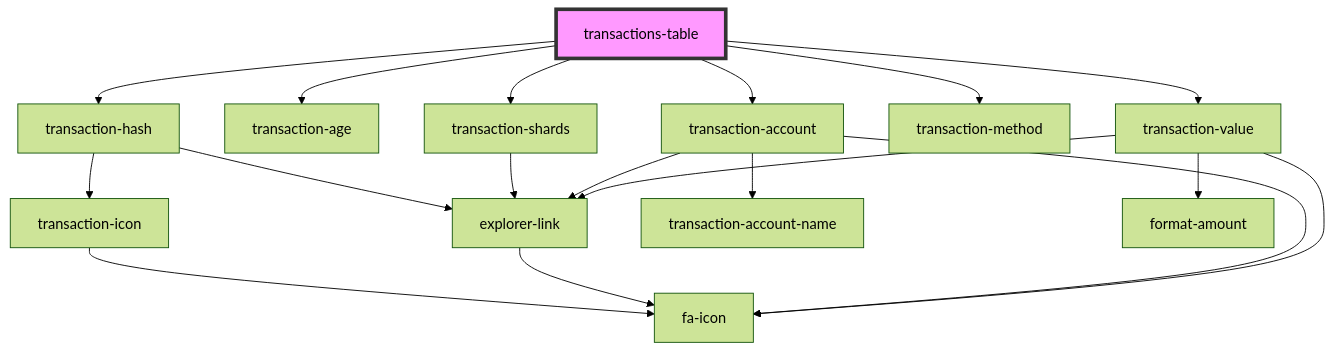
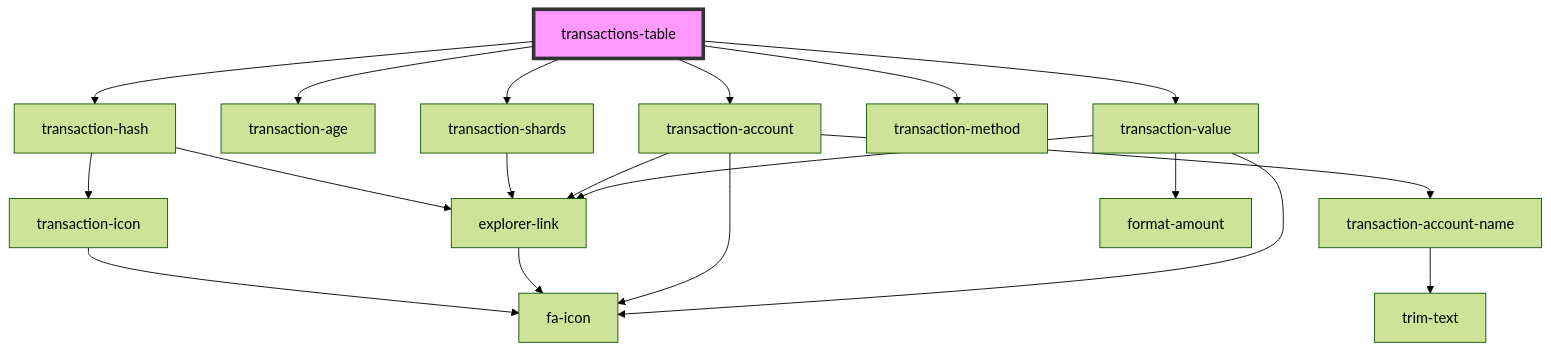
One commit to multiversx/mx-sdk-dapp-ui changed the diagram in src/components/transactions-table/readme.md. Above: the diagram before and after it, drawn with Mermaid (forest theme). The commit also changed 10 other files, not shown here.

Commit message:
Fixed TrimText component

````diff
--- a/src/components/transactions-table/readme.md
+++ b/src/components/transactions-table/readme.md
@@ -28,21 +28,22 @@
 ```mermaid
 graph TD;
   transactions-table --> transaction-hash
   transactions-table --> transaction-age
   transactions-table --> transaction-shards
   transactions-table --> transaction-account
   transactions-table --> transaction-method
   transactions-table --> transaction-value
   transaction-hash --> transaction-icon
   transaction-hash --> explorer-link
   transaction-icon --> fa-icon
   explorer-link --> fa-icon
   transaction-shards --> explorer-link
   transaction-account --> fa-icon
   transaction-account --> explorer-link
   transaction-account --> transaction-account-name
+  transaction-account-name --> trim-text
   transaction-value --> format-amount
   transaction-value --> explorer-link
   transaction-value --> fa-icon
   style transactions-table fill:#f9f,stroke:#333,stroke-width:4px
 ```
````
